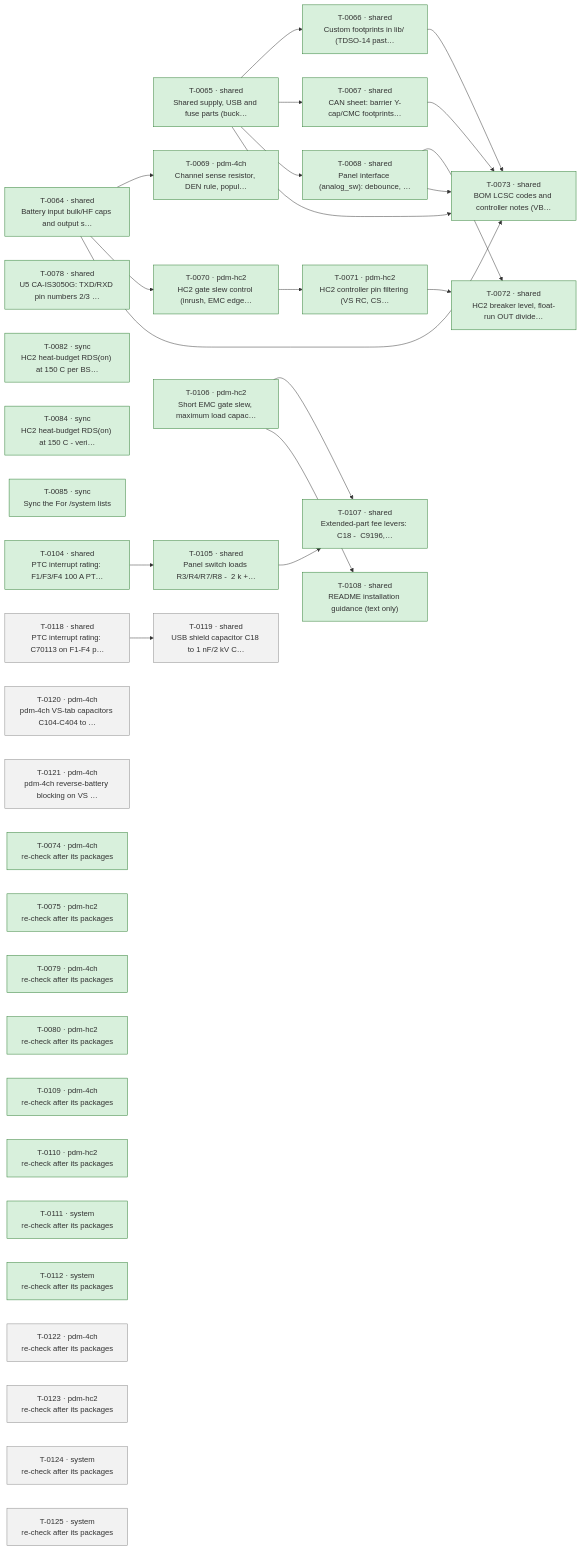
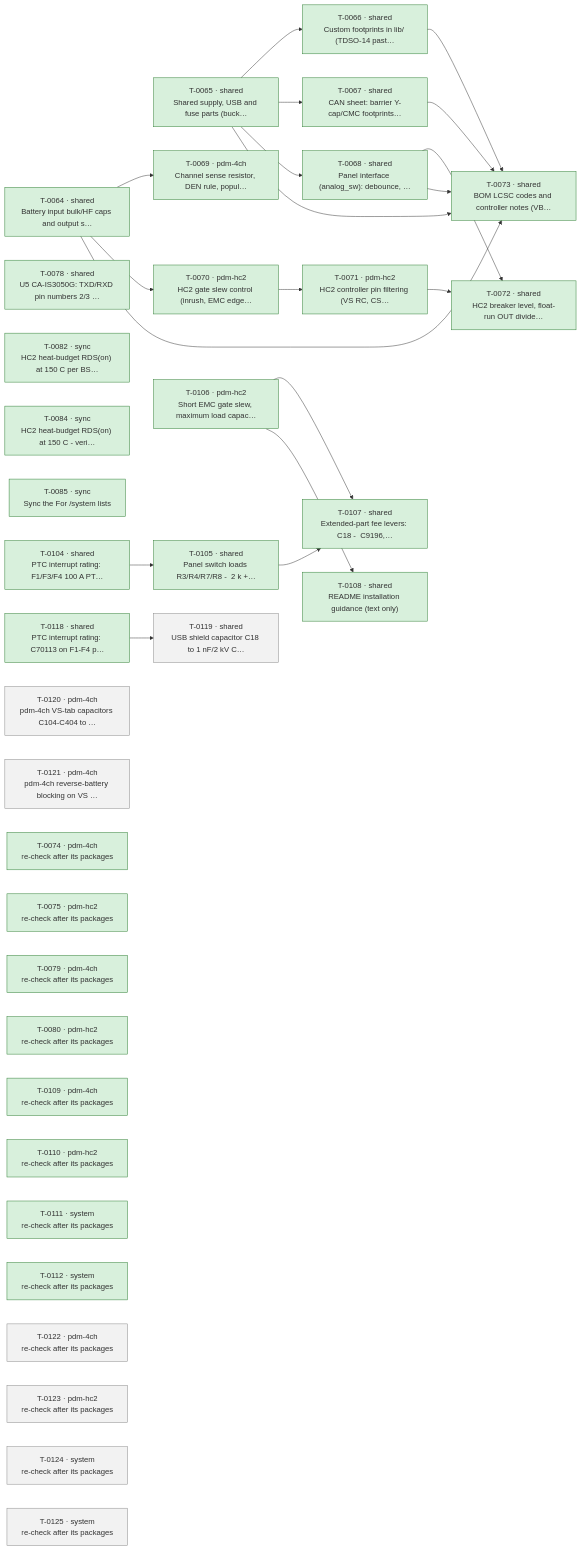
The diagram in docs/ROADMAP.md (plektra/ESP32-PDM), drawn with Mermaid before and after one commit. The commit also changed other lines of this file and 3 other files, not shown here.

````diff
--- a/docs/ROADMAP.md
+++ b/docs/ROADMAP.md
@@ -18,60 +18,60 @@
 ```mermaid
 flowchart LR
   T0064["T-0064 · shared<br/>Battery input bulk/HF caps and output s…"]:::done
   T0065["T-0065 · shared<br/>Shared supply, USB and fuse parts (buck…"]:::done
   T0066["T-0066 · shared<br/>Custom footprints in lib/ (TDSO-14 past…"]:::done
   T0067["T-0067 · shared<br/>CAN sheet: barrier Y-cap/CMC footprints…"]:::done
   T0068["T-0068 · shared<br/>Panel interface (analog_sw): debounce, …"]:::done
   T0069["T-0069 · pdm-4ch<br/>Channel sense resistor, DEN rule, popul…"]:::done
   T0070["T-0070 · pdm-hc2<br/>HC2 gate slew control (inrush, EMC edge…"]:::done
   T0071["T-0071 · pdm-hc2<br/>HC2 controller pin filtering (VS RC, CS…"]:::done
   T0072["T-0072 · shared<br/>HC2 breaker level, float-run OUT divide…"]:::done
   T0073["T-0073 · shared<br/>BOM LCSC codes and controller notes (VB…"]:::done
   T0078["T-0078 · shared<br/>U5 CA-IS3050G: TXD/RXD pin numbers 2/3 …"]:::done
   T0082["T-0082 · sync<br/>HC2 heat-budget RDS(on) at 150 C per BS…"]:::done
   T0084["T-0084 · sync<br/>HC2 heat-budget RDS(on) at 150 C - veri…"]:::done
   T0085["T-0085 · sync<br/>Sync the  For /system  lists"]:::done
   T0104["T-0104 · shared<br/>PTC interrupt rating: F1/F3/F4 100 A PT…"]:::done
   T0105["T-0105 · shared<br/>Panel switch loads R3/R4/R7/R8 -  2 k +…"]:::done
   T0106["T-0106 · pdm-hc2<br/>Short EMC gate slew, maximum load capac…"]:::done
   T0107["T-0107 · shared<br/>Extended-part fee levers: C18 -  C9196,…"]:::done
   T0108["T-0108 · shared<br/>README installation guidance (text only)"]:::done
-  T0118["T-0118 · shared<br/>PTC interrupt rating: C70113 on F1-F4 p…"]:::ready
+  T0118["T-0118 · shared<br/>PTC interrupt rating: C70113 on F1-F4 p…"]:::done
   T0119["T-0119 · shared<br/>USB shield capacitor C18 to 1 nF/2 kV C…"]:::ready
   T0120["T-0120 · pdm-4ch<br/>pdm-4ch VS-tab capacitors C104-C404 to …"]:::ready
   T0121["T-0121 · pdm-4ch<br/>pdm-4ch reverse-battery blocking on VS …"]:::ready
   T0074["T-0074 · pdm-4ch<br/>re-check after its packages"]:::done
   T0075["T-0075 · pdm-hc2<br/>re-check after its packages"]:::done
   T0079["T-0079 · pdm-4ch<br/>re-check after its packages"]:::done
   T0080["T-0080 · pdm-hc2<br/>re-check after its packages"]:::done
   T0109["T-0109 · pdm-4ch<br/>re-check after its packages"]:::done
   T0110["T-0110 · pdm-hc2<br/>re-check after its packages"]:::done
   T0111["T-0111 · system<br/>re-check after its packages"]:::done
   T0112["T-0112 · system<br/>re-check after its packages"]:::done
   T0122["T-0122 · pdm-4ch<br/>re-check after its packages"]:::ready
   T0123["T-0123 · pdm-hc2<br/>re-check after its packages"]:::ready
   T0124["T-0124 · system<br/>re-check after its packages"]:::ready
   T0125["T-0125 · system<br/>re-check after its packages"]:::ready
   T0065 --> T0066
   T0065 --> T0067
   T0065 --> T0068
   T0064 --> T0069
   T0064 --> T0070
   T0070 --> T0071
   T0068 --> T0072
   T0071 --> T0072
   T0064 --> T0073
   T0065 --> T0073
   T0066 --> T0073
   T0067 --> T0073
   T0068 --> T0073
   T0104 --> T0105
   T0105 --> T0107
   T0106 --> T0107
   T0106 --> T0108
   T0118 --> T0119
   classDef done fill:#d8f0dc,stroke:#2e7d32
   classDef running fill:#d6e6ff,stroke:#1f5fbf
   classDef ready fill:#f2f2f2,stroke:#888
   classDef failed fill:#f9d9d9,stroke:#b3261e
 ```
````
